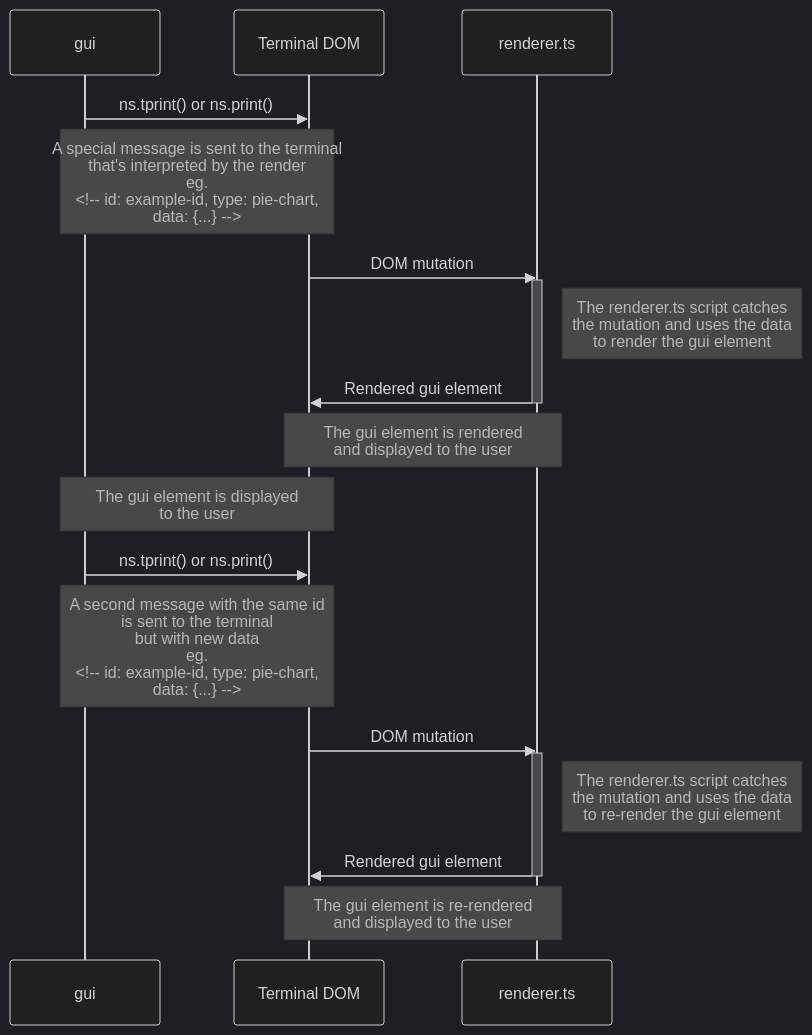
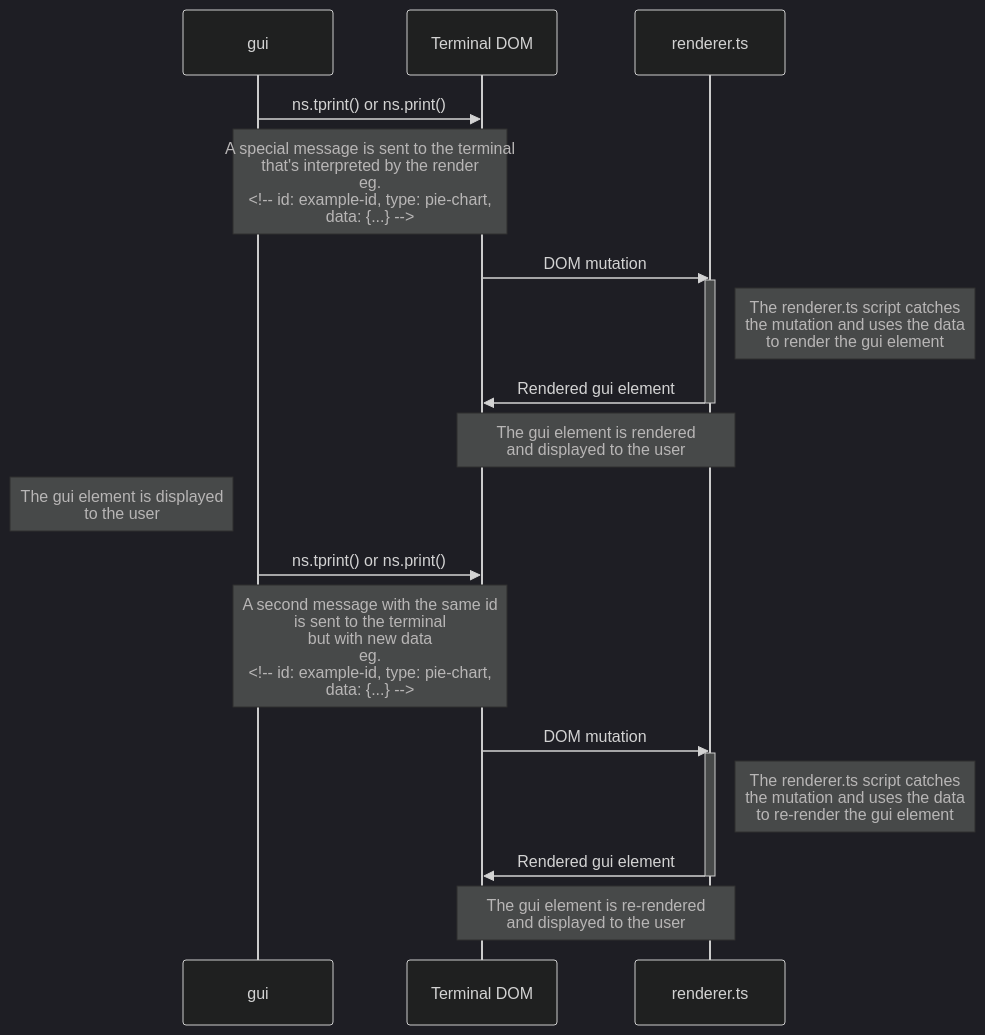
Before and after one commit to Eroxl/Bit-Burner: the diagram in src/gui/README.md, drawn with Mermaid (dark theme).

Commit message:
Change styling of graph

````diff
--- a/src/gui/README.md
+++ b/src/gui/README.md
@@ -11,39 +11,39 @@
 ```mermaid
 sequenceDiagram
   participant gui
   participant Terminal DOM
   participant renderer.ts
   
   gui ->> Terminal DOM: ns.tprint() or ns.print()
   
   Note over gui , Terminal DOM: A special message is sent to the terminal<br/>  that's interpreted by the render<br/> eg. <br/> <!-- id: example-id, type: pie-chart,<br/> data: {...} -->
 
   Terminal DOM ->> renderer.ts: DOM mutation
 
   activate renderer.ts
 
   Note right of renderer.ts: The renderer.ts script catches<br/> the mutation and uses the data<br/> to render the gui element
 
   renderer.ts ->> Terminal DOM: Rendered gui element
 
   deactivate renderer.ts
 
   Note over Terminal DOM, renderer.ts: The gui element is rendered<br/> and displayed to the user
 
-  Note over gui, Terminal DOM: The gui element is displayed<br/> to the user
+  Note left of gui: The gui element is displayed<br/> to the user
 
   gui ->> Terminal DOM: ns.tprint() or ns.print()
   Note over gui , Terminal DOM: A second message with the same id<br/> is sent to the terminal <br/> but with new data <br/> eg. <br/> <!-- id: example-id, type: pie-chart,<br/> data: {...} -->
 
   Terminal DOM ->> renderer.ts: DOM mutation
 
   activate renderer.ts
 
   Note right of renderer.ts: The renderer.ts script catches<br/> the mutation and uses the data<br/> to re-render the gui element
 
   renderer.ts ->> Terminal DOM: Rendered gui element
 
   deactivate renderer.ts
 
   Note over Terminal DOM, renderer.ts: The gui element is re-rendered<br/> and displayed to the user
 ```
````
